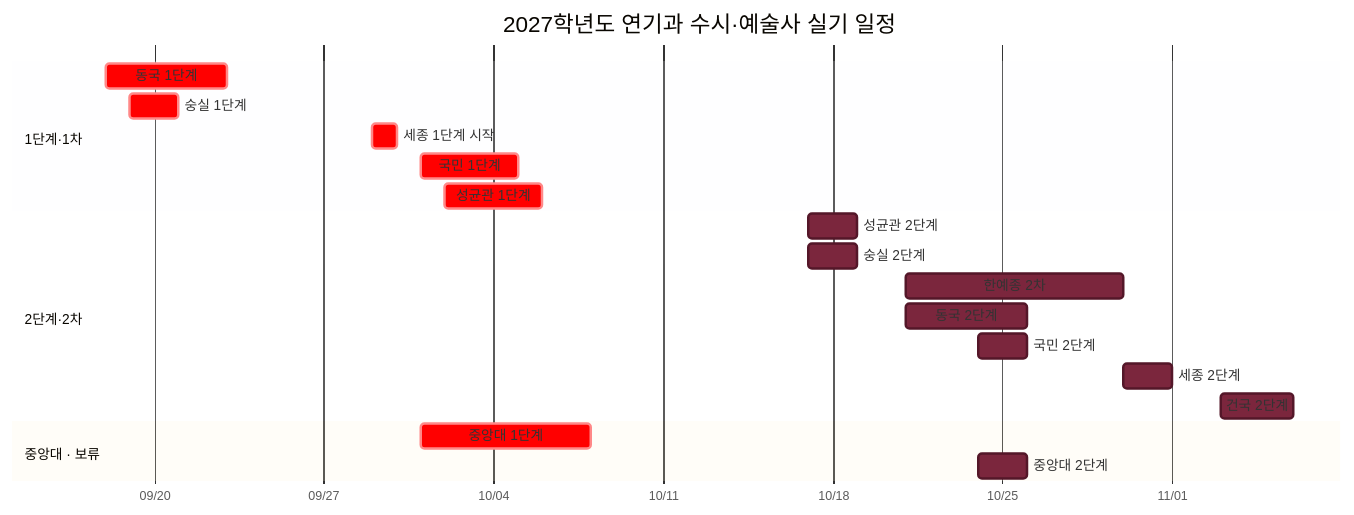
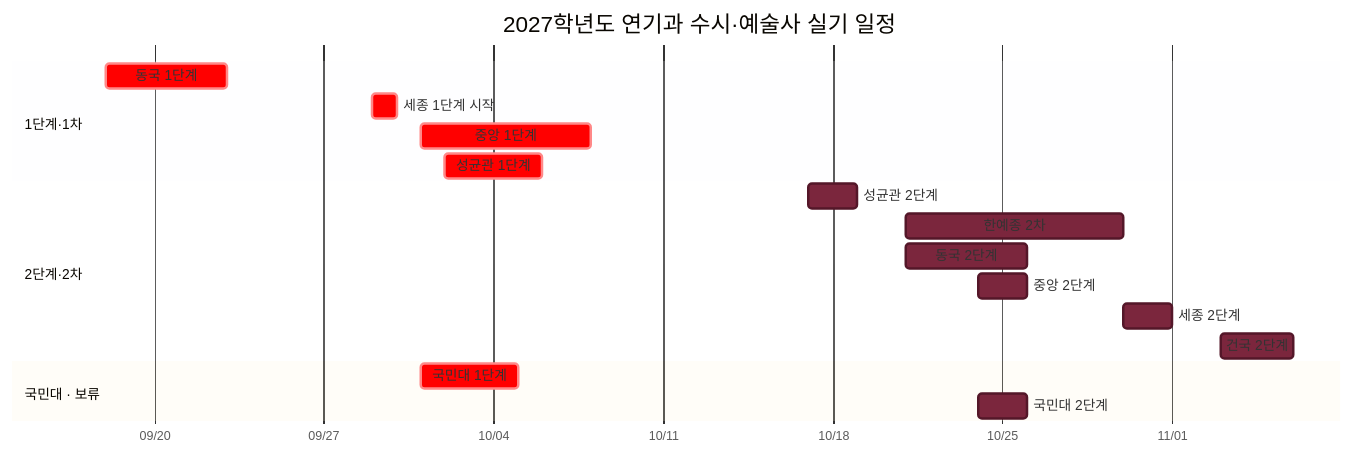
The diagram in 정리/입시/2027 연기과 시험 일정 그래프.md (Aera0512/Base_), drawn with Mermaid before and after one commit. The commit also changed other lines of this file and 1 other file, not shown here.

````diff
--- a/정리/입시/2027 연기과 시험 일정 그래프.md
+++ b/정리/입시/2027 연기과 시험 일정 그래프.md
@@ -23,27 +28,25 @@
 ```mermaid
 %%{init: {"theme":"base","themeVariables":{"taskBkgColor":"#E45757","taskBorderColor":"#B63A3A","doneTaskBkgColor":"#7B263D","doneTaskBorderColor":"#541729","doneTaskTextColor":"#FFFFFF"}}}%%
 gantt
     title 2027학년도 연기과 수시·예술사 실기 일정
     dateFormat  YYYY-MM-DD
     axisFormat  %m/%d
 
     section 1단계·1차
     동국 1단계                    :crit, dongguk1, 2026-09-18, 2026-09-23
-    숭실 1단계                    :crit, ssu1, 2026-09-19, 2026-09-21
     세종 1단계 시작               :crit, sejong1, 2026-09-29, 1d
-    국민 1단계                    :crit, kookmin1, 2026-10-01, 2026-10-05
+    중앙 1단계                    :crit, cau1, 2026-10-01, 2026-10-08
     성균관 1단계                  :crit, skku1, 2026-10-02, 2026-10-06
 
     section 2단계·2차
     성균관 2단계                  :done, skku2, 2026-10-17, 2026-10-19
-    숭실 2단계                    :done, ssu2, 2026-10-17, 2026-10-19
     한예종 2차                    :done, karts2, 2026-10-21, 2026-10-30
     동국 2단계                    :done, dongguk2, 2026-10-21, 2026-10-26
-    국민 2단계                    :done, kookmin2, 2026-10-24, 2026-10-26
+    중앙 2단계                    :done, cau2, 2026-10-24, 2026-10-26
     세종 2단계                    :done, sejong2, 2026-10-30, 2026-11-01
     건국 2단계                    :done, konkuk2, 2026-11-03, 2026-11-06
 
-    section 중앙대 · 보류
-    중앙대 1단계                  :crit, cau1, 2026-10-01, 2026-10-08
-    중앙대 2단계                  :done, cau2, 2026-10-24, 2026-10-26
+    section 국민대 · 보류
+    국민대 1단계                  :crit, kookmin1, 2026-10-01, 2026-10-05
+    국민대 2단계                  :done, kookmin2, 2026-10-24, 2026-10-26
 ```
````
